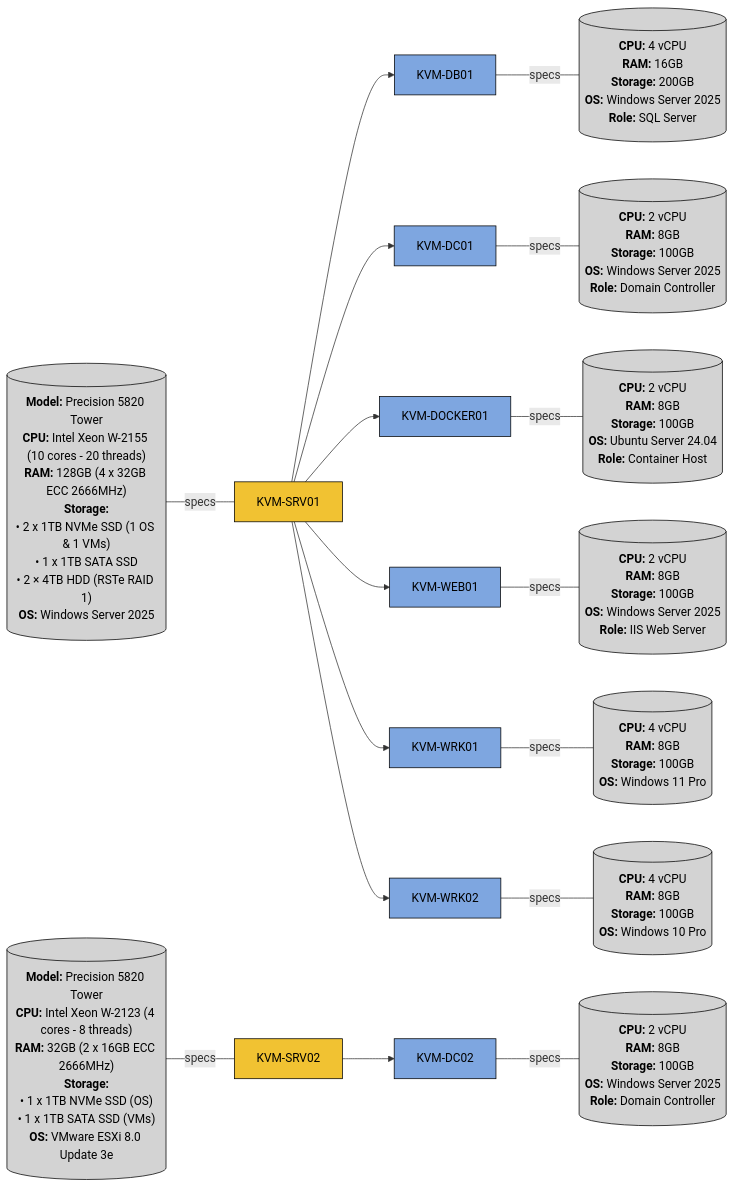
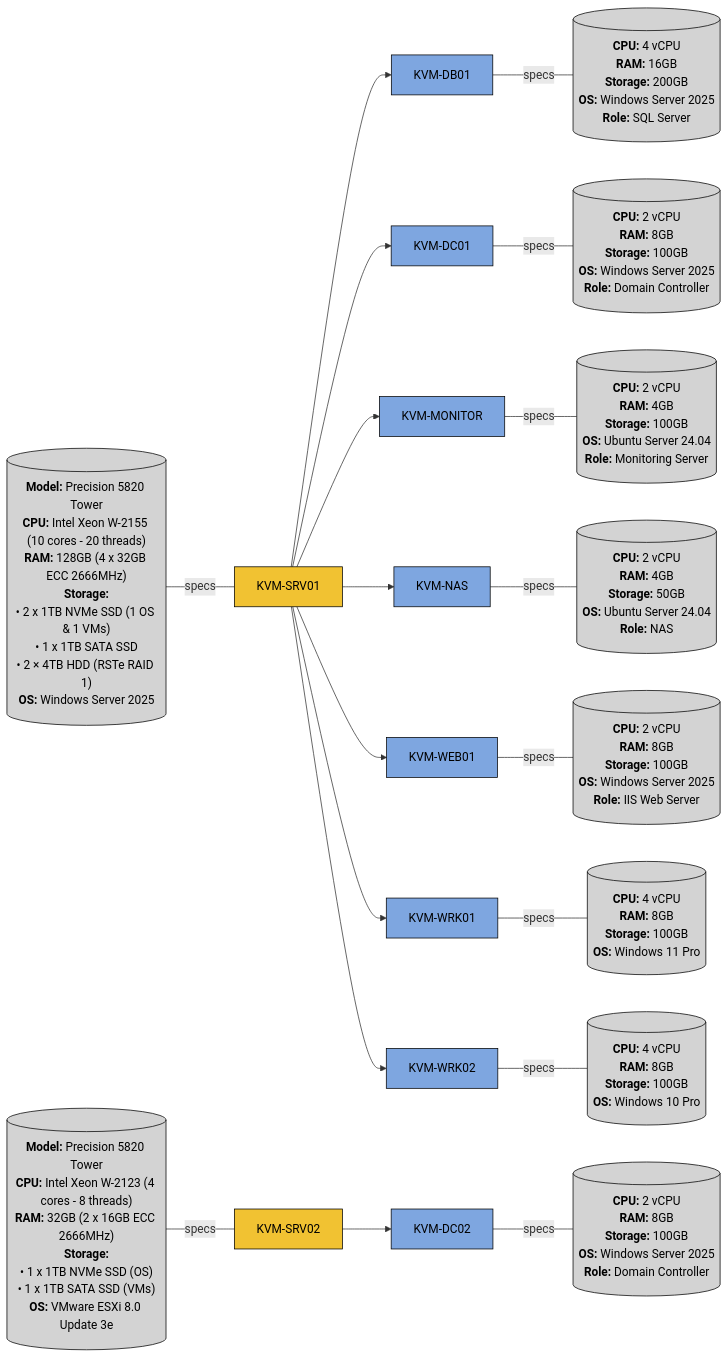
Before and after one commit to khangvum/homelab-ansible-config: the diagram in README.md, drawn with Mermaid.

Commit message:
Added KVM-MONITOR and KVM-NAS

````diff
--- a/README.md
+++ b/README.md
@@ -14,70 +14,75 @@
 ```mermaid
 flowchart LR
     %% 1. KVM-SRV01
     %% - Host
     SRV01_SPECS[("`**Model:** Precision 5820 Tower
         **CPU:** Intel Xeon W-2155 (10 cores - 20 threads)
         **RAM:** 128GB (4 x 32GB ECC 2666MHz)
         **Storage:**
         • 2 x 1TB NVMe SSD (1 OS & 1 VMs)
         • 1 x 1TB SATA SSD
         • 2 × 4TB HDD (RSTe RAID 1)
         **OS:** Windows Server 2025`")] -- specs --- SRV01[KVM-SRV01]
     
     %% - VMs
     SRV01 --> DB01[KVM-DB01] -- specs --- DB01_SPECS[("`**CPU:** 4 vCPU
                                                         **RAM:** 16GB
                                                         **Storage:** 200GB
                                                         **OS:** Windows Server 2025
                                                         **Role:** SQL Server`")]
     SRV01 --> DC01[KVM-DC01] -- specs --- DC01_SPECS[("`**CPU:** 2 vCPU
                                                         **RAM:** 8GB
                                                         **Storage:** 100GB
                                                         **OS:** Windows Server 2025
                                                         **Role:** Domain Controller`")]
-    SRV01 --> DOCKER01[KVM-DOCKER01] -- specs --- DOCKER01_SPECS[("`**CPU:** 2 vCPU
-                                                                    **RAM:** 8GB
-                                                                    **Storage:** 100GB
-                                                                    **OS:** Ubuntu Server 24.04
-                                                                    **Role:** Container Host`")]
+    SRV01 --> MONITOR[KVM-MONITOR] -- specs --- MONITOR_SPECS[("`**CPU:** 2 vCPU
+                                                                **RAM:** 4GB
+                                                                **Storage:** 100GB
+                                                                **OS:** Ubuntu Server 24.04
+                                                                **Role:** Monitoring Server`")]
+    SRV01 --> NAS[KVM-NAS] -- specs --- NAS_SPECS[("`**CPU:** 2 vCPU
+                                                    **RAM:** 4GB
+                                                    **Storage:** 50GB
+                                                    **OS:** Ubuntu Server 24.04
+                                                    **Role:** NAS`")]        
     SRV01 --> WEB01[KVM-WEB01] -- specs --- WEB01_SPECS[("`**CPU:** 2 vCPU
                                                             **RAM:** 8GB
                                                             **Storage:** 100GB
                                                             **OS:** Windows Server 2025
                                                             **Role:** IIS Web Server`")]
     SRV01 --> WRK01[KVM-WRK01] -- specs --- WRK01_SPECS[("`**CPU:** 4 vCPU
                                                             **RAM:** 8GB
                                                             **Storage:** 100GB
                                                             **OS:** Windows 11 Pro`")]
     SRV01 --> WRK02[KVM-WRK02] -- specs --- WRK02_SPECS[("`**CPU:** 4 vCPU
                                                             **RAM:** 8GB
                                                             **Storage:** 100GB
                                                             **OS:** Windows 10 Pro`")]
 
     
 
     %% 2. KVM-SRV02
     %% - Host
     SRV02_SPECS[("`**Model:** Precision 5820 Tower
         **CPU:** Intel Xeon W-2123 (4 cores - 8 threads)
         **RAM:** 32GB (2 x 16GB ECC 2666MHz)
         **Storage:**
         • 1 x 1TB NVMe SSD (OS)
         • 1 x 1TB SATA SSD (VMs)
         **OS:** VMware ESXi 8.0 Update 3e`")] -- specs --- SRV02[KVM-SRV02]
 
     %% - VMs
     SRV02 --> DC02[KVM-DC02] -- specs --- DC02_SPECS[("`**CPU:** 2 vCPU
                                                         **RAM:** 8GB
                                                         **Storage:** 100GB
                                                         **OS:** Windows Server 2025
                                                         **Role:** Domain Controller`")]
 
     %% Styling
     class SRV01,SRV02 hosts
     classDef hosts fill:#f1c232,stroke:#000,color:#000
-    class DB01,DC01,DC02,DOCKER01,WEB01,WRK01,WRK02 vms
+    class DB01,DC01,DC02,MONITOR,NAS,WEB01,WRK01,WRK02 vms
     classDef vms fill:#7ea6e0,stroke:#000,color:#000
-    class SRV01_SPECS,SRV02_SPECS,DB01_SPECS,DC01_SPECS,DC02_SPECS,DOCKER01_SPECS,WEB01_SPECS,WRK01_SPECS,WRK02_SPECS specs
+    class SRV01_SPECS,SRV02_SPECS,DB01_SPECS,DC01_SPECS,DC02_SPECS,MONITOR_SPECS,NAS_SPECS,WEB01_SPECS,WRK01_SPECS,WRK02_SPECS specs
     classDef specs fill:#d3d3d3,stroke:#000,color:#000
 ```
````
